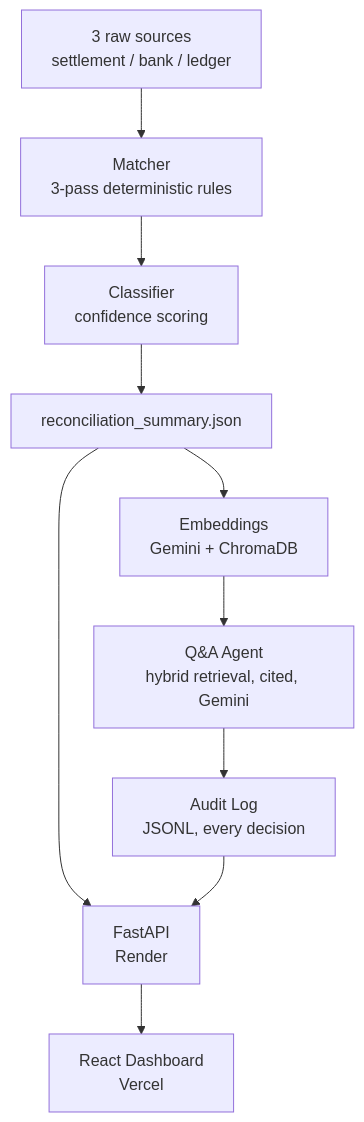
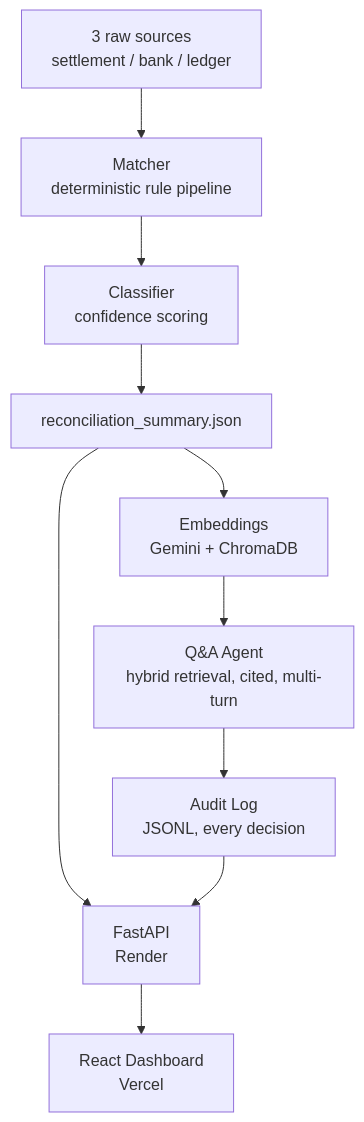
The diagram in README.md (nikhil-0420/Settl-ai), drawn with Mermaid before and after one commit. The commit also changed other lines of this file and 1 other file, not shown here.

````diff
--- a/README.md
+++ b/README.md
@@ -106,12 +122,12 @@
 ```mermaid
 flowchart TD
-    A["3 raw sources\nsettlement / bank / ledger"] --> B["Matcher\n3-pass deterministic rules"]
+    A["3 raw sources\nsettlement / bank / ledger"] --> B["Matcher\ndeterministic rule pipeline"]
     B --> C["Classifier\nconfidence scoring"]
     C --> D["reconciliation_summary.json"]
     D --> E["Embeddings\nGemini + ChromaDB"]
-    E --> F["Q&A Agent\nhybrid retrieval, cited, Gemini"]
+    E --> F["Q&A Agent\nhybrid retrieval, cited, multi-turn"]
     F --> G["Audit Log\nJSONL, every decision"]
     D --> H["FastAPI\nRender"]
     G --> H
     H --> I["React Dashboard\nVercel"]
 ```
````
